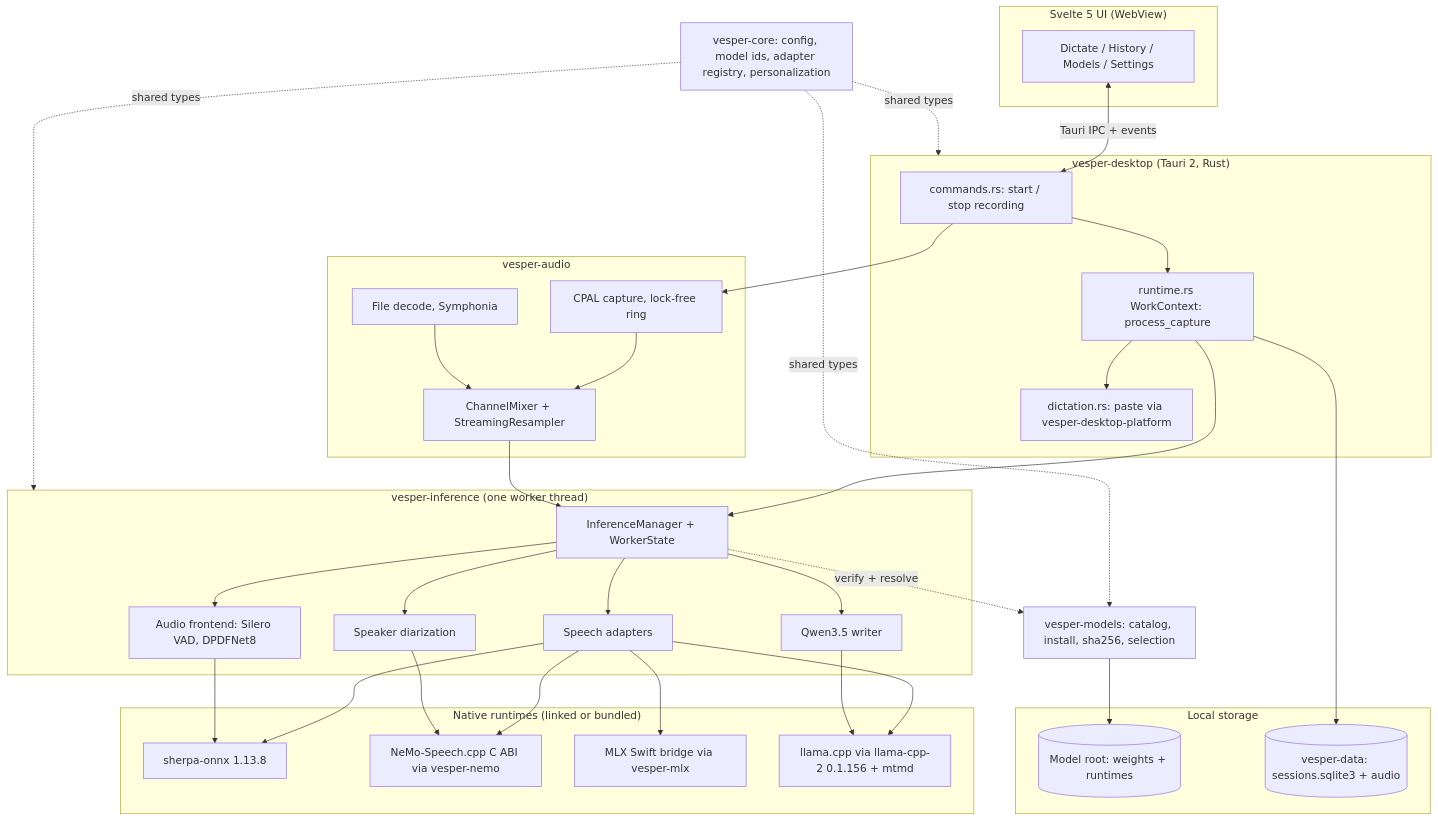
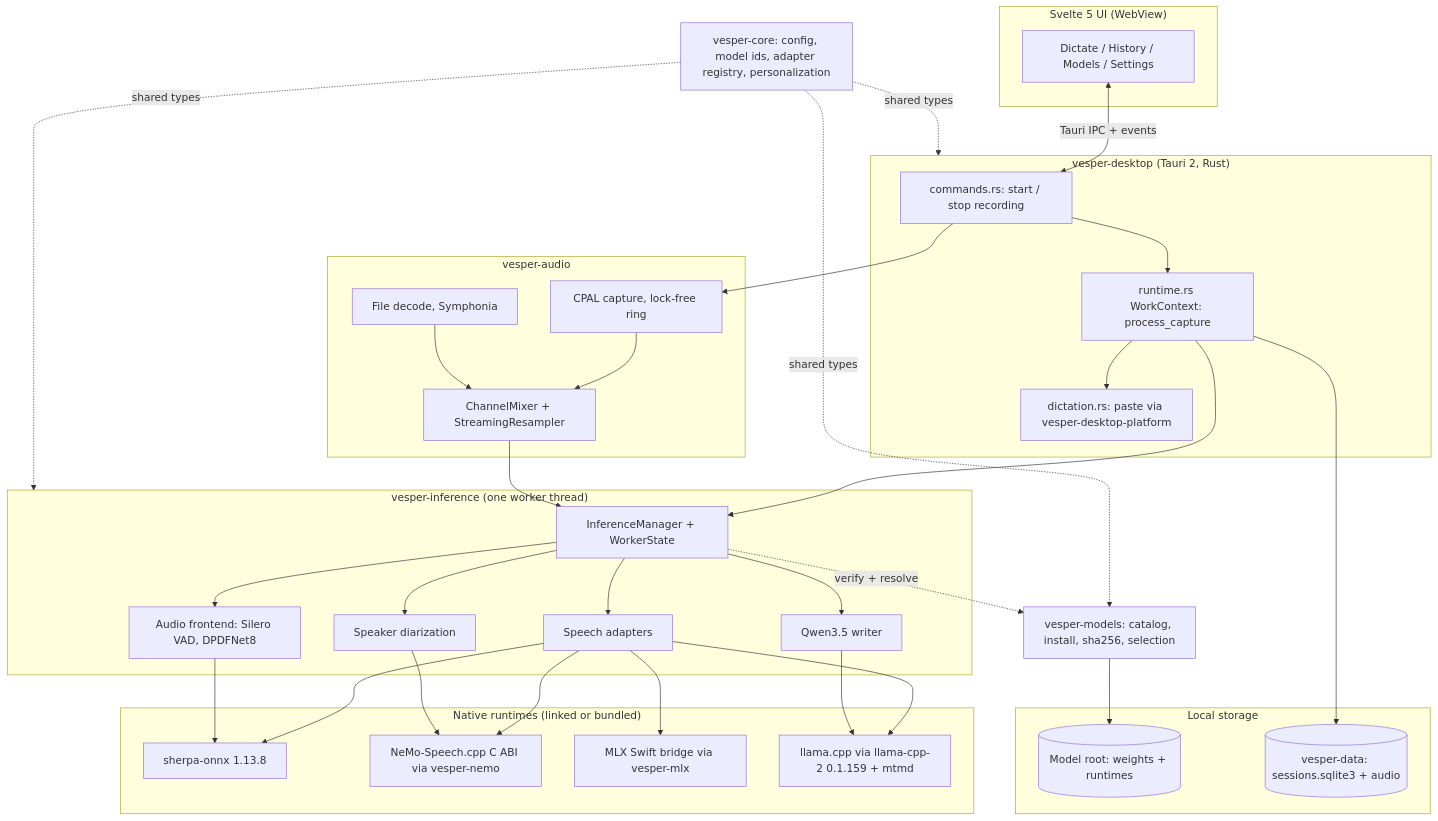
Before and after one commit to rahulsharmavishwakarma/vesper: the first of 11 diagrams in docs/inference-architecture.md, drawn with Mermaid. The commit also changed 11 other files, not shown here.

Commit message:
Correct stale architecture, cleanup, language, Whisper and llama.cpp pin claims in docs (Refs #212)

````diff
--- a/docs/inference-architecture.md
+++ b/docs/inference-architecture.md
@@ -25,55 +25,55 @@
 ```mermaid
 flowchart TB
   subgraph UI["Svelte 5 UI (WebView)"]
     views[Dictate / History / Models / Settings]
   end
   subgraph Desktop["vesper-desktop (Tauri 2, Rust)"]
     commands[commands.rs: start / stop recording]
     runtime[runtime.rs WorkContext: process_capture]
     dictation[dictation.rs: paste via vesper-desktop-platform]
   end
   subgraph Audio["vesper-audio"]
     capture[CPAL capture, lock-free ring]
     decode[File decode, Symphonia]
     mixer[ChannelMixer + StreamingResampler]
   end
   subgraph Inference["vesper-inference (one worker thread)"]
     manager[InferenceManager + WorkerState]
     frontend[Audio frontend: Silero VAD, DPDFNet8]
     speech[Speech adapters]
     writer[Qwen3.5 writer]
     diar[Speaker diarization]
   end
   subgraph Native["Native runtimes (linked or bundled)"]
     sherpa[sherpa-onnx 1.13.8]
     nemo[NeMo-Speech.cpp C ABI via vesper-nemo]
     mlx[MLX Swift bridge via vesper-mlx]
-    llama[llama.cpp via llama-cpp-2 0.1.156 + mtmd]
+    llama[llama.cpp via llama-cpp-2 0.1.159 + mtmd]
   end
   subgraph Store["Local storage"]
     models[(Model root: weights + runtimes)]
     data[(vesper-data: sessions.sqlite3 + audio)]
   end
   core[vesper-core: config, model ids, adapter registry, personalization]
   modelsCrate[vesper-models: catalog, install, sha256, selection]
 
   views <-->|Tauri IPC + events| commands
   commands --> capture
   commands --> runtime
   runtime --> manager
   runtime --> dictation
   runtime --> data
   capture --> mixer --> manager
   decode --> mixer
   manager --> frontend
   manager --> speech
   manager --> writer
   manager --> diar
   speech --> sherpa & nemo & mlx & llama
   writer --> llama
   diar --> nemo
   frontend --> sherpa
   modelsCrate --> models
   manager -. verify + resolve .-> modelsCrate
   core -. shared types .-> Desktop & Inference & modelsCrate
 ```
````
